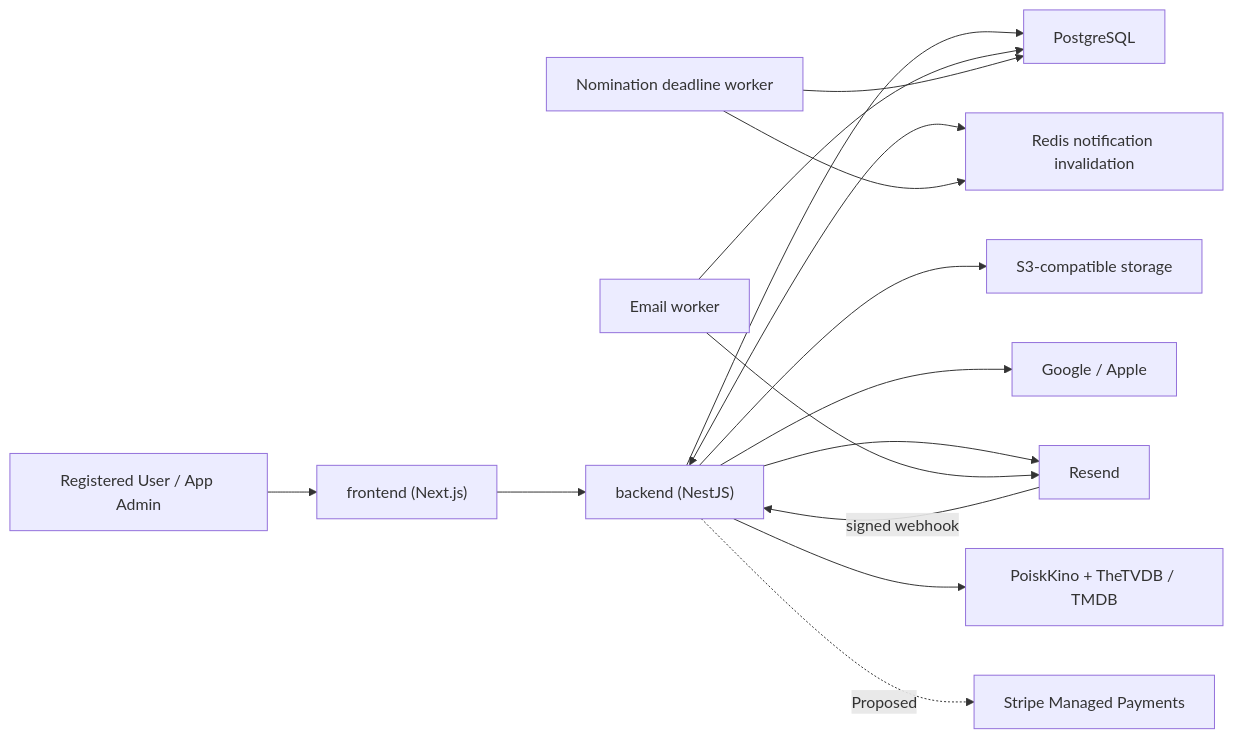
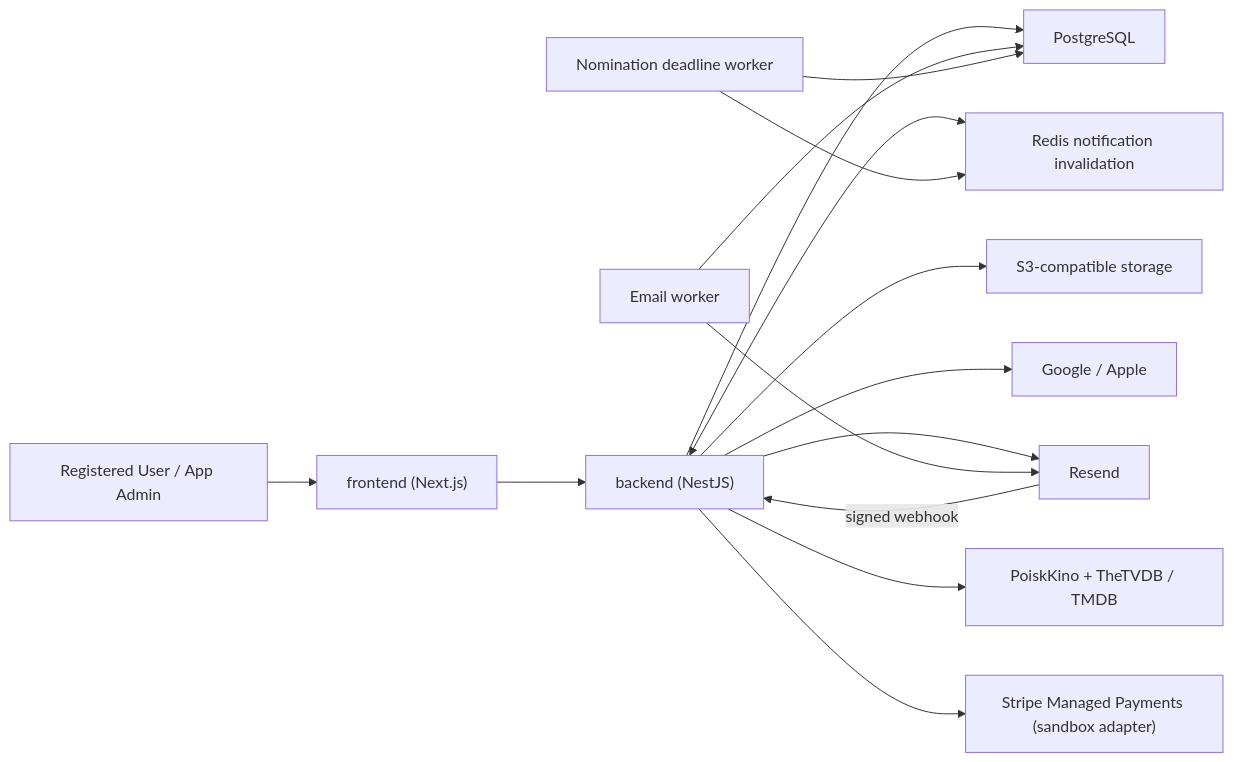
Before and after one commit to Shagon1k/PickFlick: the first of 4 diagrams in ARCHITECTURE.md, drawn with Mermaid. The commit also changed other lines of this file and 81 other files, not shown here.

````diff
--- a/ARCHITECTURE.md
+++ b/ARCHITECTURE.md
@@ -24,17 +24,17 @@
 ```mermaid
 flowchart LR
   User["Registered User / App Admin"] --> Frontend["frontend (Next.js)"]
   Frontend --> API["backend (NestJS)"]
   API --> DB["PostgreSQL"]
   API <--> Redis["Redis notification invalidation"]
   Worker --> Redis
   API --> Objects["S3-compatible storage"]
   API --> OAuth["Google / Apple"]
   API --> Email["Resend"]
   EmailWorker["Email worker"] --> DB
   EmailWorker --> Email
   Email -->|signed webhook| API
   API --> Catalog["PoiskKino + TheTVDB / TMDB"]
   Worker["Nomination deadline worker"] --> DB
-  API -. Proposed .-> Stripe["Stripe Managed Payments"]
+  API --> Stripe["Stripe Managed Payments (sandbox adapter)"]
 ```
````
